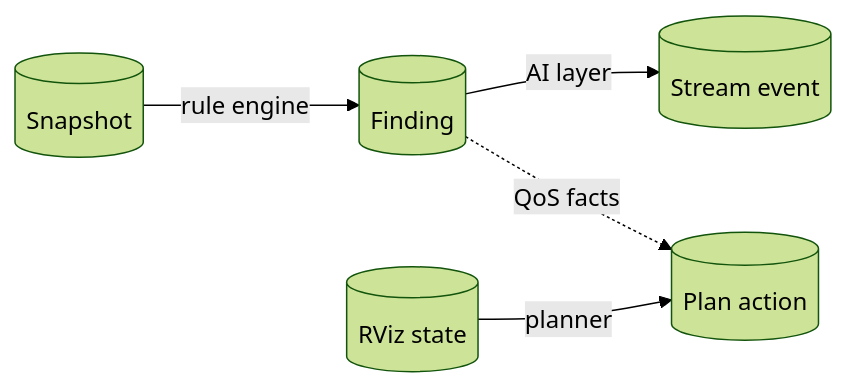
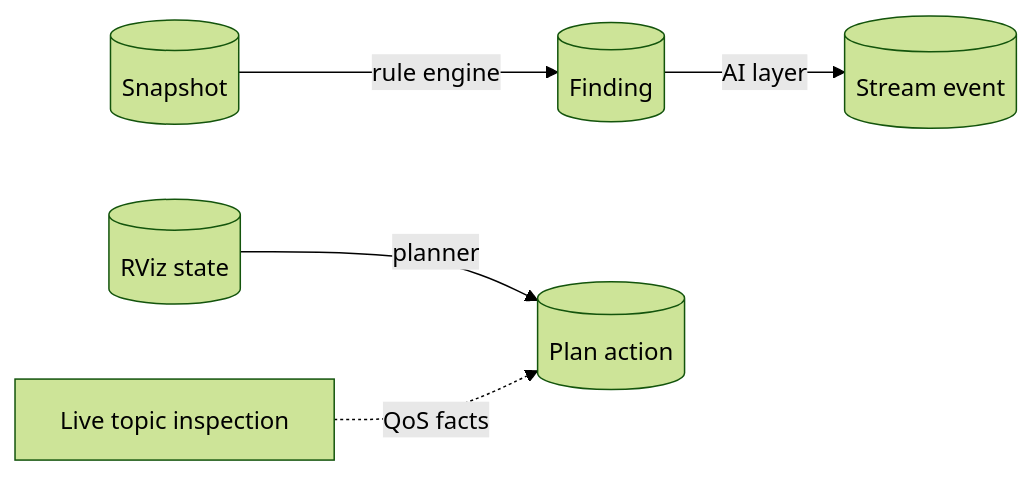
The diagram in docs/architecture/data-model.md (Animesh2507/dds-autodiag), drawn with Mermaid (forest theme) before and after one commit. The commit also changed 35 other files, not shown here.

````diff
--- a/docs/architecture/data-model.md
+++ b/docs/architecture/data-model.md
@@ -5,7 +5,7 @@
 ```mermaid
 flowchart LR
     S[("Snapshot")] -- "rule engine" --> F[("Finding")]
     F -- "AI layer" --> E[("Stream event")]
     St[("RViz state")] -- "planner" --> A[("Plan action")]
-    F -. "QoS facts" .-> A
+    Q["Live topic inspection"] -. "QoS facts" .-> A
 ```
````
